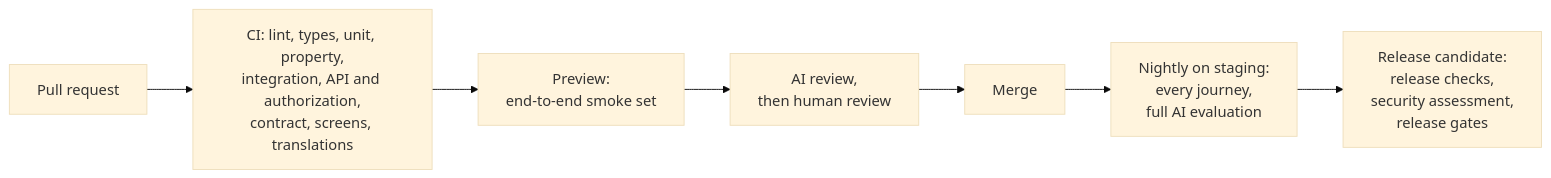
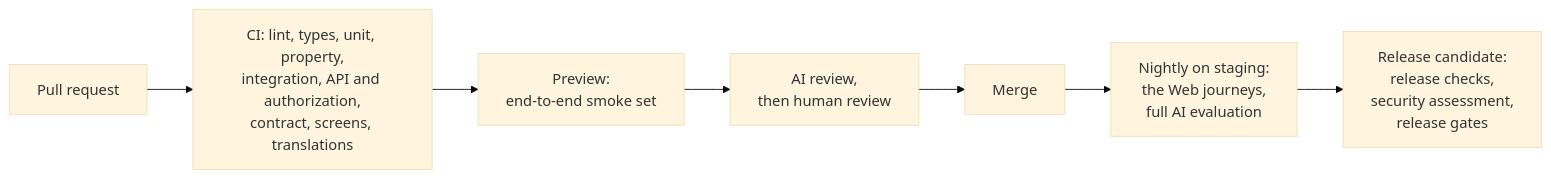
The diagram in docs/test-strategy.md (huynguyennang-agilityio/tripmate-docs), drawn with Mermaid (base theme) before and after one commit. The commit also changed other lines of this file and 4 other files, not shown here.

````diff
--- a/docs/test-strategy.md
+++ b/docs/test-strategy.md
@@ -106,9 +108,9 @@
 ```mermaid
 flowchart LR
     PR["Pull request"] --> CI["CI: lint, types, unit, property,<br/>integration, API and authorization,<br/>contract, screens, translations"]
     CI --> PV["Preview:<br/>end-to-end smoke set"]
     PV --> RV["AI review,<br/>then human review"]
     RV --> MG["Merge"]
-    MG --> NT["Nightly on staging:<br/>every journey,<br/>full AI evaluation"]
+    MG --> NT["Nightly on staging:<br/>the Web journeys,<br/>full AI evaluation"]
     NT --> RC["Release candidate:<br/>release checks,<br/>security assessment,<br/>release gates"]
 ```
````
